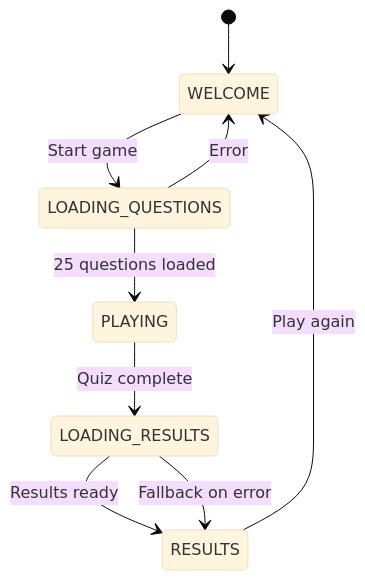
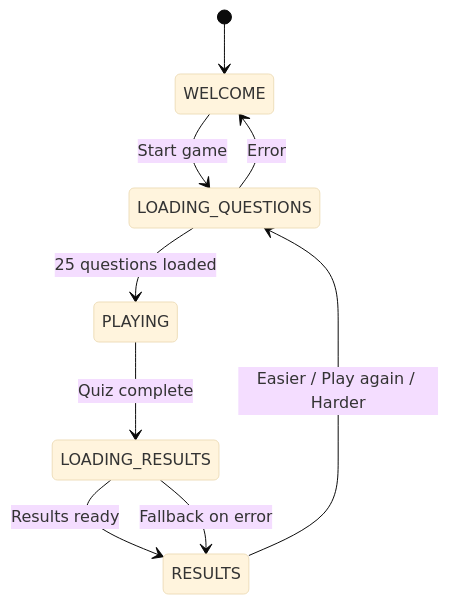
One commit to benlambm/it-trivia-challenge changed the fourth of 5 diagrams in docs/architecture.md. Above: the diagram before and after it, drawn with Mermaid (base theme). The commit also changed other lines of this file and 7 other files, not shown here.

First line of the commit message:
Let players pick easier, same or harder after each quiz

````diff
--- a/docs/architecture.md
+++ b/docs/architecture.md
@@ -78,11 +78,11 @@
 ```mermaid
 stateDiagram-v2
   [*] --> WELCOME
   WELCOME --> LOADING_QUESTIONS: Start game
   LOADING_QUESTIONS --> PLAYING: 25 questions loaded
   LOADING_QUESTIONS --> WELCOME: Error
   PLAYING --> LOADING_RESULTS: Quiz complete
   LOADING_RESULTS --> RESULTS: Results ready
   LOADING_RESULTS --> RESULTS: Fallback on error
-  RESULTS --> WELCOME: Play again
+  RESULTS --> LOADING_QUESTIONS: Easier / Play again / Harder
 ```
````
